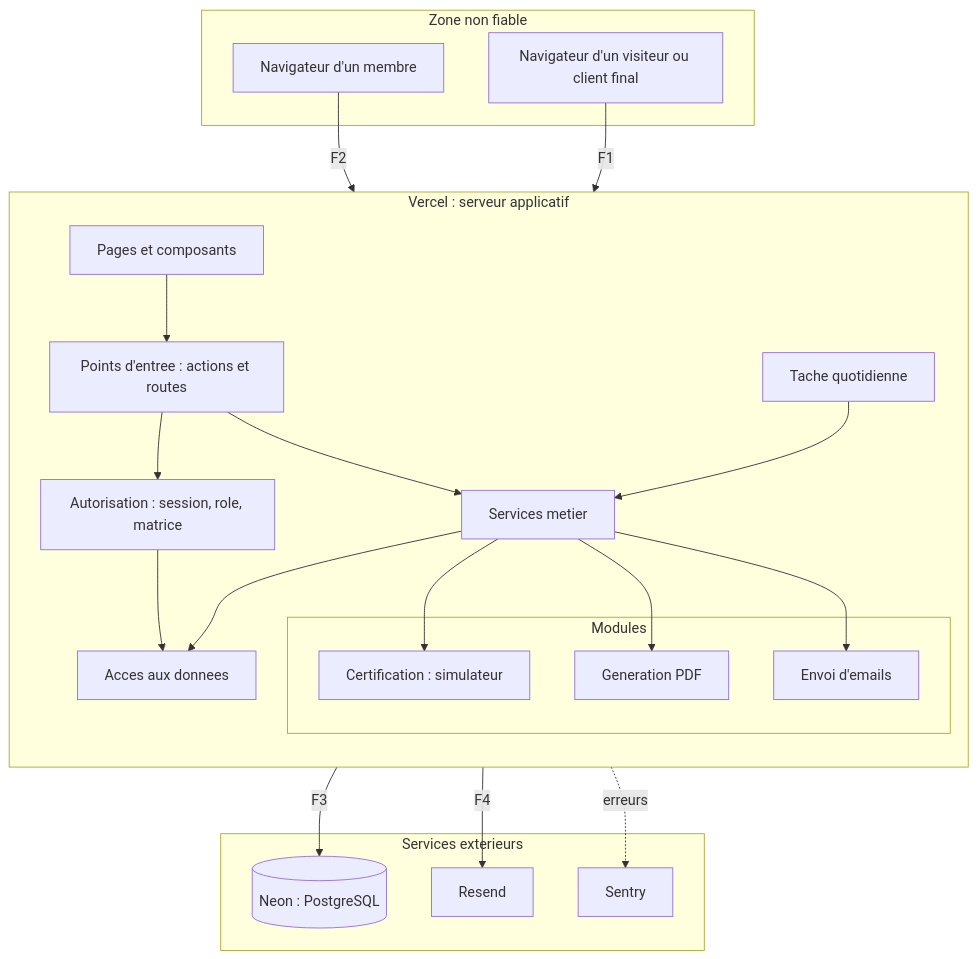
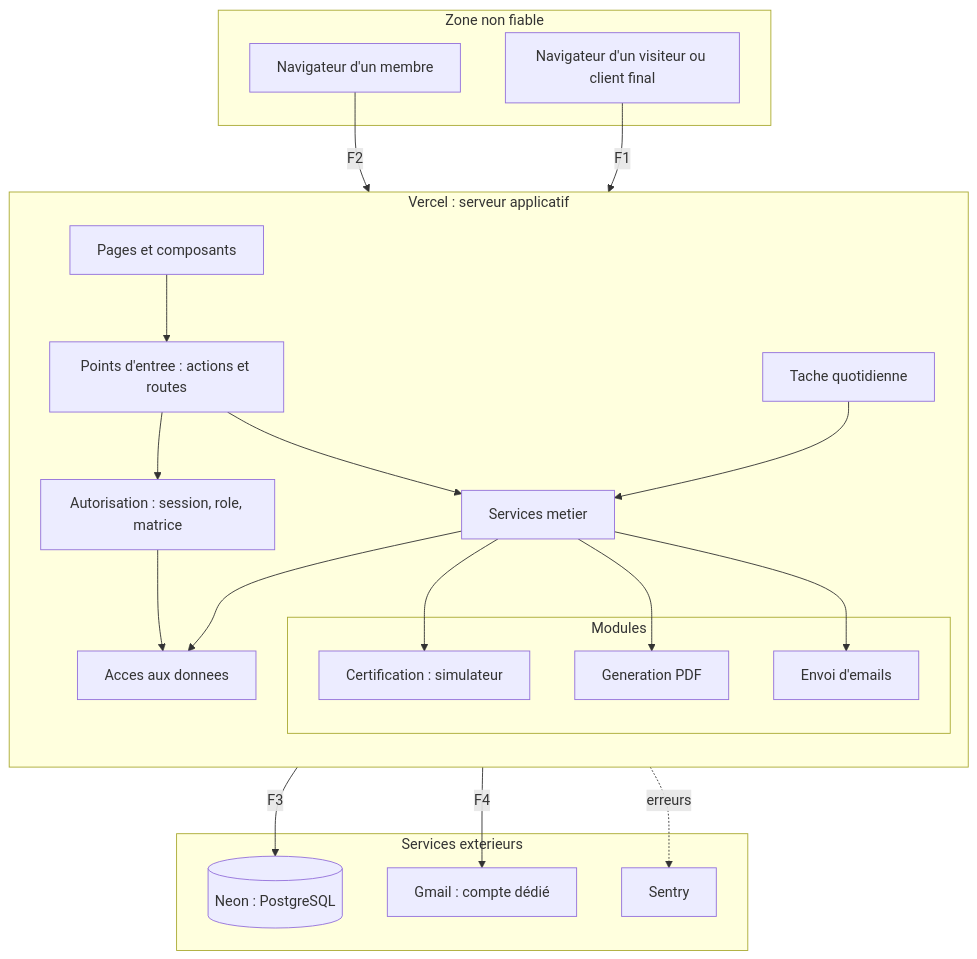
Before and after one commit to GnonhouaN01/facturation-pme: the tenth of 10 diagrams in docs/DESIGN.md, drawn with Mermaid. The commit also changed other lines of this file and 53 other files, not shown here.

````diff
--- a/docs/DESIGN.md
+++ b/docs/DESIGN.md
@@ -648,43 +648,43 @@
 ```mermaid
 flowchart TB
     subgraph Z0[Zone non fiable]
         NAV[Navigateur d'un membre]
         PUB[Navigateur d'un visiteur ou client final]
     end
 
     subgraph Z1[Vercel : serveur applicatif]
         direction TB
         IU[Pages et composants]
         PE[Points d'entree : actions et routes]
         AZ[Autorisation : session, role, matrice]
         SM[Services metier]
         AD[Acces aux donnees]
         subgraph MODS[Modules]
             CERT[Certification : simulateur]
             PDF[Generation PDF]
             MAIL[Envoi d'emails]
         end
         CRON[Tache quotidienne]
     end
 
     subgraph Z2[Services exterieurs]
         NEON[(Neon : PostgreSQL)]
-        RESEND[Resend]
+        GMAIL[Gmail : compte dédié]
         SENTRY[Sentry]
     end
 
     NAV -->|F2| PE
     PUB -->|F1| PE
     IU --> PE
     PE --> AZ
     PE --> SM
     SM --> AD
     SM --> CERT
     SM --> PDF
     SM --> MAIL
     CRON --> SM
     AZ --> AD
     AD -->|F3| NEON
-    MAIL -->|F4| RESEND
+    MAIL -->|F4| GMAIL
     PE -.->|erreurs| SENTRY
 ```
````
